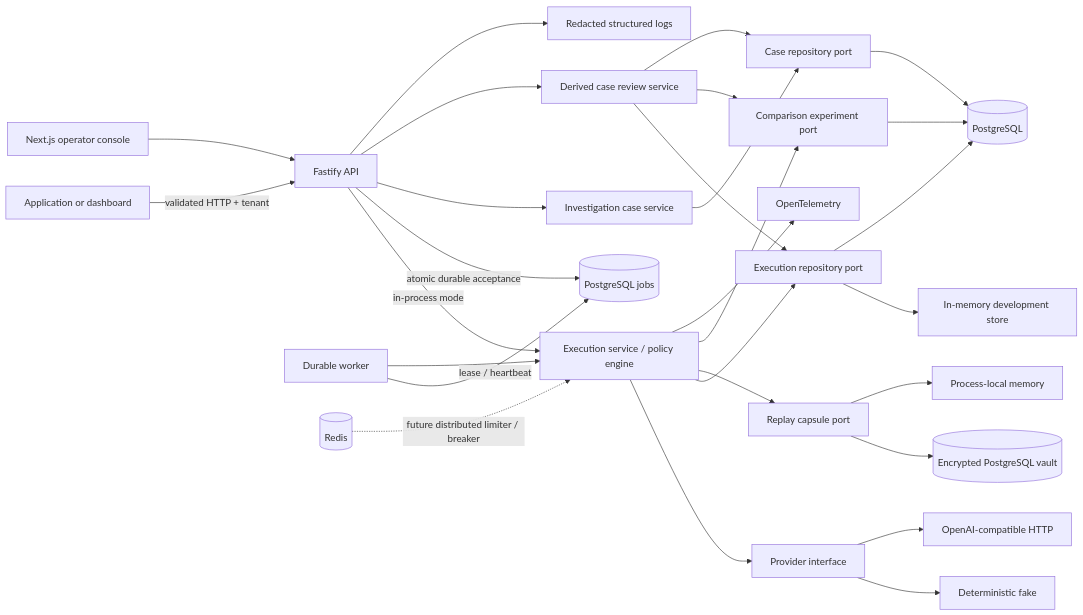
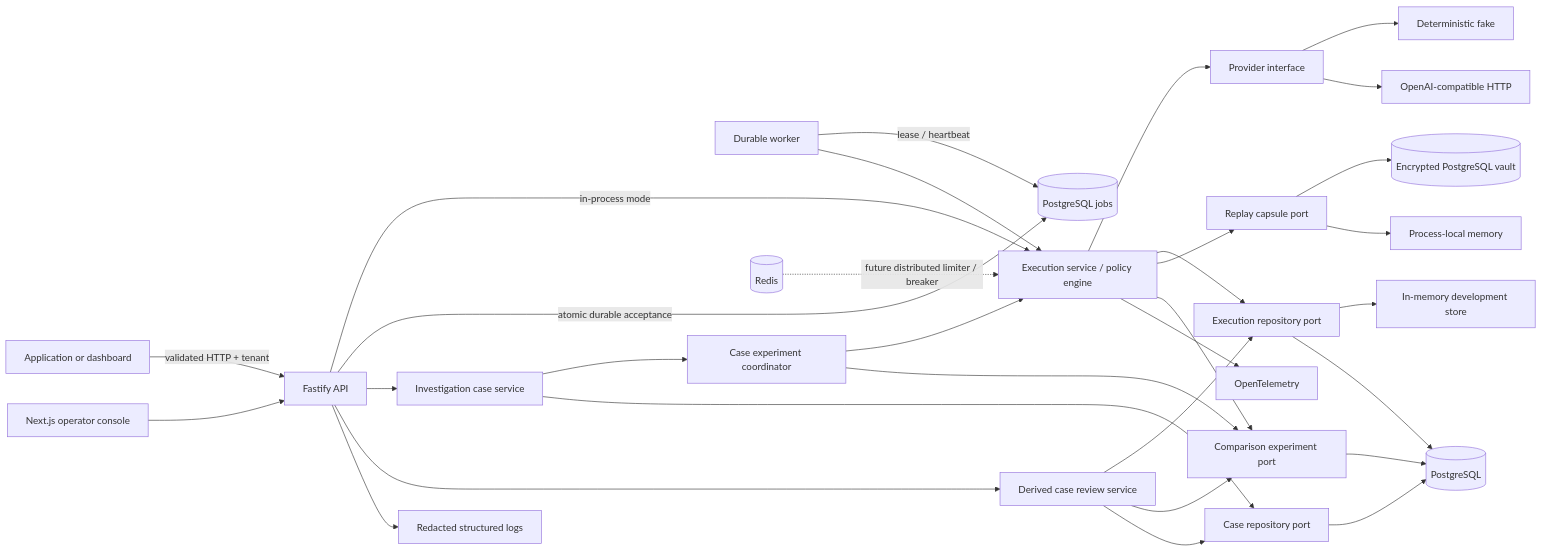
The diagram in README.md (jpollard-github/reliability-lab), drawn with Mermaid before and after one commit. The commit also changed other lines of this file and 90 other files, not shown here.

````diff
--- a/README.md
+++ b/README.md
@@ -98,30 +105,33 @@
 ```mermaid
 flowchart LR
   Client[Application or dashboard] -->|validated HTTP + tenant| API[Fastify API]
   API -->|in-process mode| Service[Execution service / policy engine]
   API -->|atomic durable acceptance| Jobs[(PostgreSQL jobs)]
   Worker[Durable worker] -->|lease / heartbeat| Jobs
   Worker --> Service
   Service --> Primary[Provider interface]
   Primary --> Fake[Deterministic fake]
   Primary --> Live[OpenAI-compatible HTTP]
   Service --> Repo[Execution repository port]
   Repo --> Memory[In-memory development store]
   Repo --> PG[(PostgreSQL)]
   Service --> Capsule[Replay capsule port]
   Capsule --> Vault[(Encrypted PostgreSQL vault)]
   Capsule --> CapsuleMemory[Process-local memory]
   Service --> Experiment[Comparison experiment port]
   Experiment --> PG
   API --> Case[Investigation case service]
+  Case --> CaseExperiment[Case experiment coordinator]
+  CaseExperiment --> Service
+  CaseExperiment --> Experiment
   Case --> CaseStore[Case repository port]
   CaseStore --> PG
   API --> CaseReview[Derived case review service]
   CaseReview --> Repo
   CaseReview --> Experiment
   CaseReview --> CaseStore
   Service --> OTel[OpenTelemetry]
   API --> Pino[Redacted structured logs]
   Web[Next.js operator console] --> API
   Redis[(Redis)] -. future distributed limiter / breaker .-> Service
 ```
````
